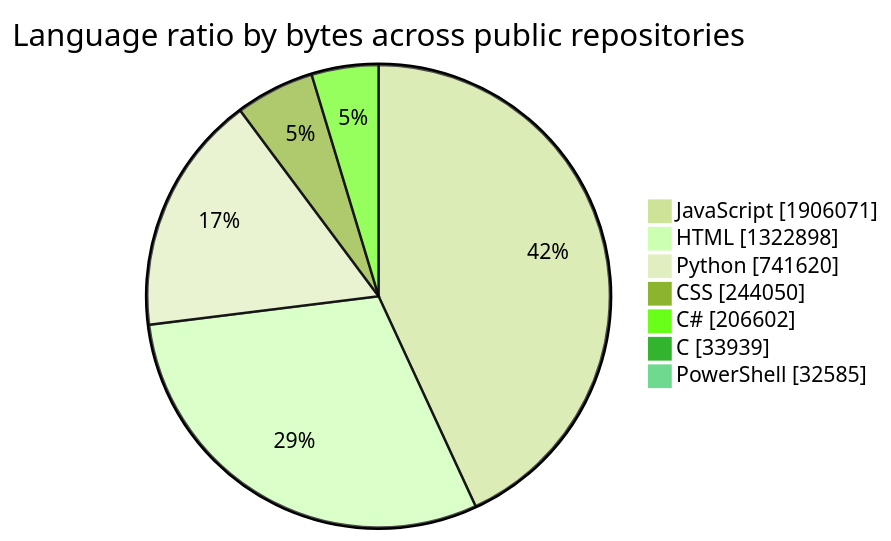
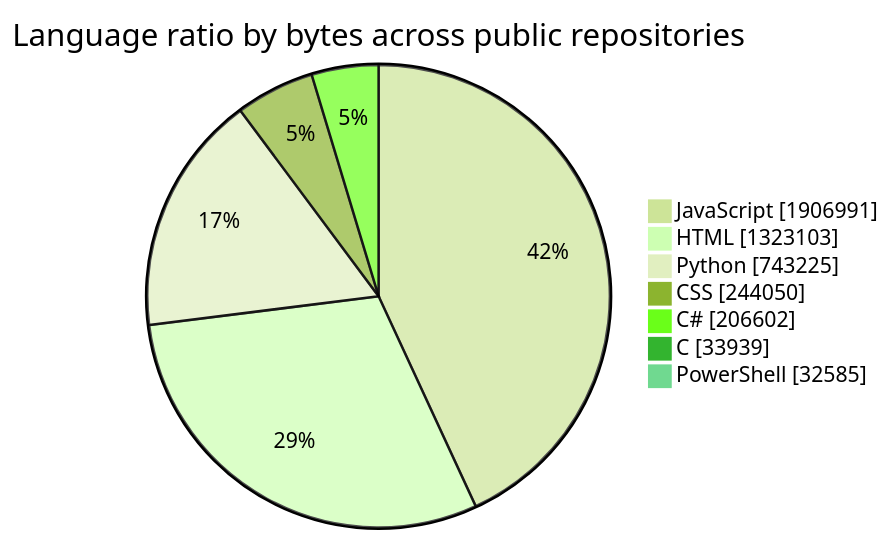
One commit to tchinso/tchinso changed the first of 2 diagrams in README.md. Above: the diagram before and after it, drawn with Mermaid (forest theme). The commit also changed other lines of this file, not shown here.

````diff
--- a/README.md
+++ b/README.md
@@ -24,11 +24,11 @@
 ```mermaid
 pie showData
     title Language ratio by bytes across public repositories
-    "JavaScript" : 1906071
-    "HTML" : 1322898
-    "Python" : 741620
+    "JavaScript" : 1906991
+    "HTML" : 1323103
+    "Python" : 743225
     "CSS" : 244050
     "C#" : 206602
     "C" : 33939
     "PowerShell" : 32585
 ```
````
